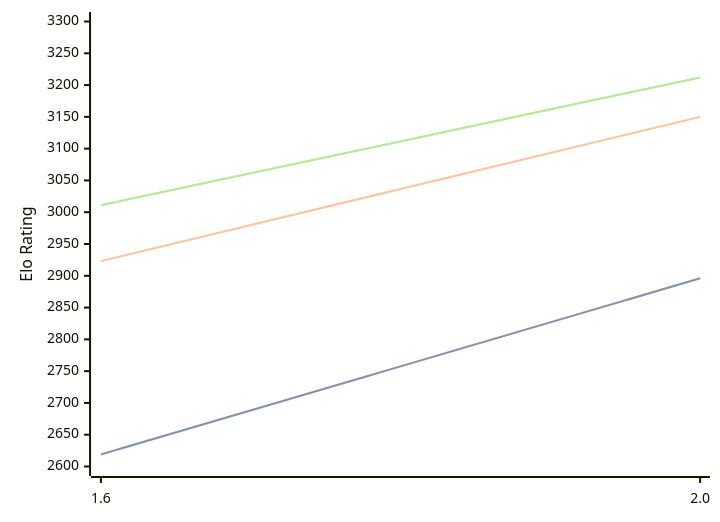
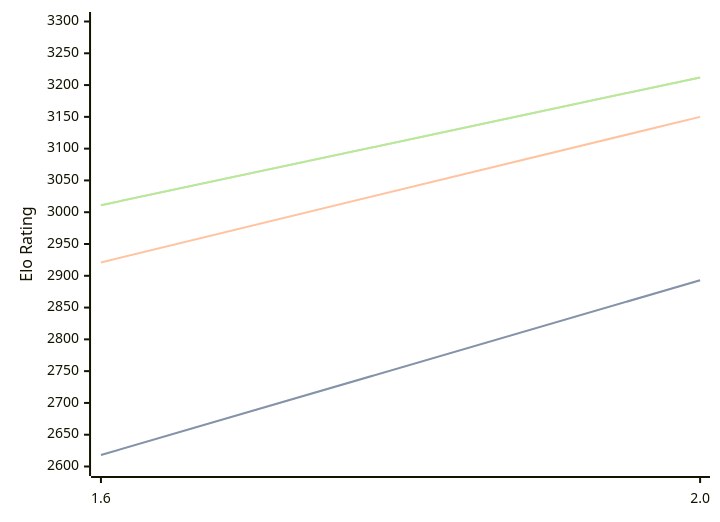
The diagram in engines/Onyx.md (computer-chess-index/cci), drawn with Mermaid before and after one commit. The commit also changed other lines of this file, not shown here.

````diff
--- a/engines/Onyx.md
+++ b/engines/Onyx.md
@@ -32,11 +32,11 @@
 ```mermaid
 %%{init: {"theme":"base","themeVariables":{"seriesColors:['#a3a3a3','#222221','#faa371']}}}%%
 xychart-beta
   x-axis ["1.6", "2.0"]
   y-axis "Elo Rating" 2600 --> 3300
-  line "STC (8.0+0.08s)" [2619, 2896]
-  line "STC (8.0+0.08s)" [2619, 2896]
-  line "LTC (60.0+0.60s)" [2923, 3150]
+  line "STC (8.0+0.08s)" [2618, 2893]
+  line "STC (8.0+0.08s)" [2618, 2893]
+  line "LTC (60.0+0.60s)" [2921, 3150]
   line "VLTC (2m24s+1.12s)" [3011, 3212]
   line "VLTC (2m24s+1.12s)" [3011, 3212]
 ```
````
